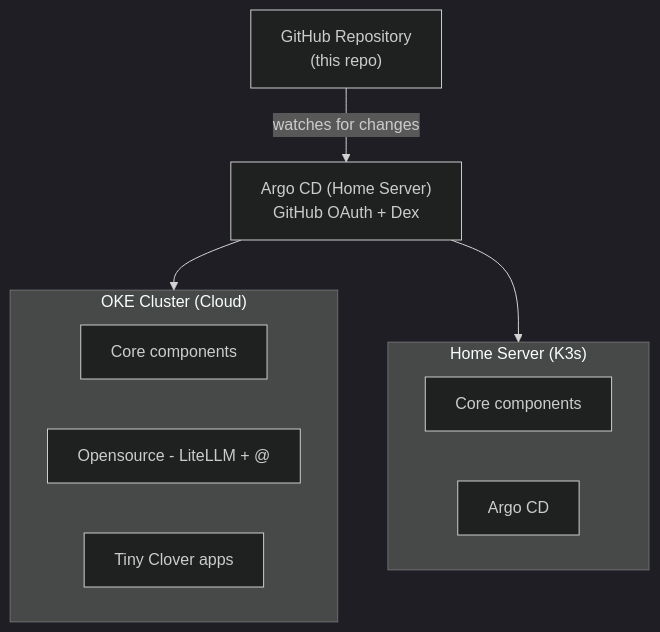
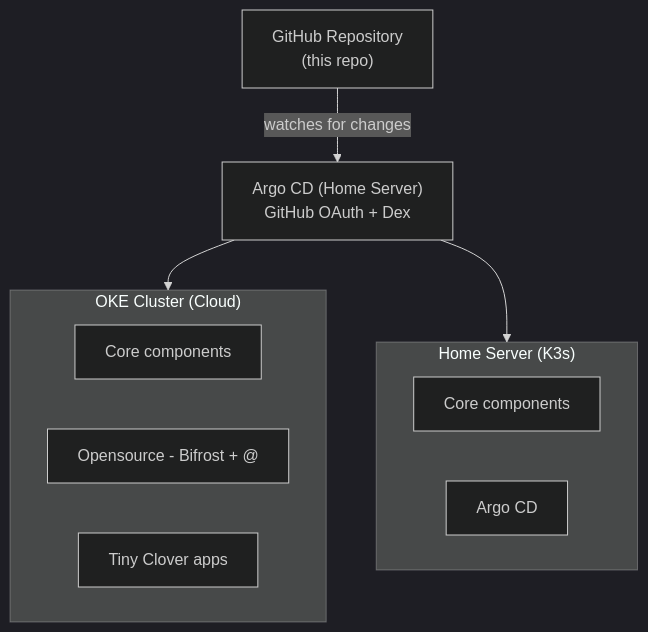
Before and after one commit to BeaverHouse/cicd: the diagram in README.md, drawn with Mermaid (dark theme). The commit also changed other lines of this file and 3 other files, not shown here.

Commit message:
Remove the chimgu route grant, the unused xAI provider and LiteLLM leftovers (#6)

````diff
--- a/README.md
+++ b/README.md
@@ -42,21 +42,21 @@
 ```mermaid
 graph TD
     repo["GitHub Repository<br/>(this repo)"]
     argocd["Argo CD (Home Server)<br/>GitHub OAuth + Dex"]
 
     repo -->|"watches for changes"| argocd
 
     subgraph oke ["OKE Cluster (Cloud)"]
         oke_core[Core components]
-        oke_oss[Opensource - LiteLLM + @]
+        oke_oss[Opensource - Bifrost + @]
         oke_apps[Tiny Clover apps]
     end
 
     subgraph home ["Home Server (K3s)"]
         home_core[Core components]
         home_argocd[Argo CD]
     end
 
     argocd --> oke
     argocd --> home
 ```
````
